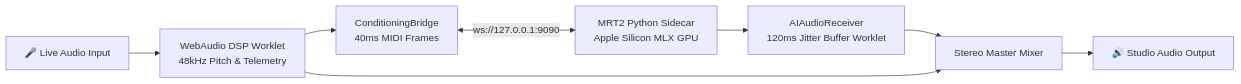
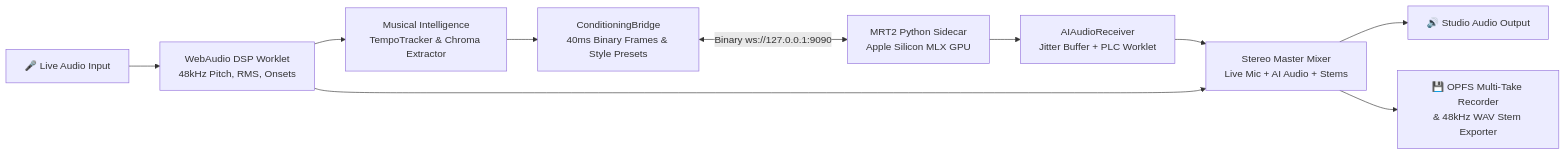
Before and after one commit to aaronnguyen26/pulsejam: the diagram in README.md, drawn with Mermaid. The commit also changed other lines of this file and 25 other files, not shown here.

Commit message:
feat: complete Phase 1-3 architecture, binary streaming, musical intelligence & export pipelines

````diff
--- a/README.md
+++ b/README.md
@@ -37,10 +37,12 @@
 ```mermaid
 flowchart LR
-    Mic[🎤 Live Audio Input] --> WebAudio[WebAudio DSP Worklet\n48kHz Pitch & Telemetry]
-    WebAudio --> Bridge[ConditioningBridge\n40ms MIDI Frames]
-    Bridge <-->|ws://127.0.0.1:9090| Sidecar[MRT2 Python Sidecar\nApple Silicon MLX GPU]
-    Sidecar --> Receiver[AIAudioReceiver\n120ms Jitter Buffer Worklet]
-    Receiver --> Mixer[Stereo Master Mixer]
+    Mic[🎤 Live Audio Input] --> WebAudio[WebAudio DSP Worklet\n48kHz Pitch, RMS, Onsets]
+    WebAudio --> Intelligence[Musical Intelligence\nTempoTracker & Chroma Extractor]
+    Intelligence --> Bridge[ConditioningBridge\n40ms Binary Frames & Style Presets]
+    Bridge <-->|Binary ws://127.0.0.1:9090| Sidecar[MRT2 Python Sidecar\nApple Silicon MLX GPU]
+    Sidecar --> Receiver[AIAudioReceiver\nJitter Buffer + PLC Worklet]
+    Receiver --> Mixer[Stereo Master Mixer\nLive Mic + AI Audio + Stems]
     WebAudio --> Mixer
     Mixer --> Output[🔊 Studio Audio Output]
+    Mixer --> OPFS[💾 OPFS Multi-Take Recorder\n& 48kHz WAV Stem Exporter]
 ```
````
